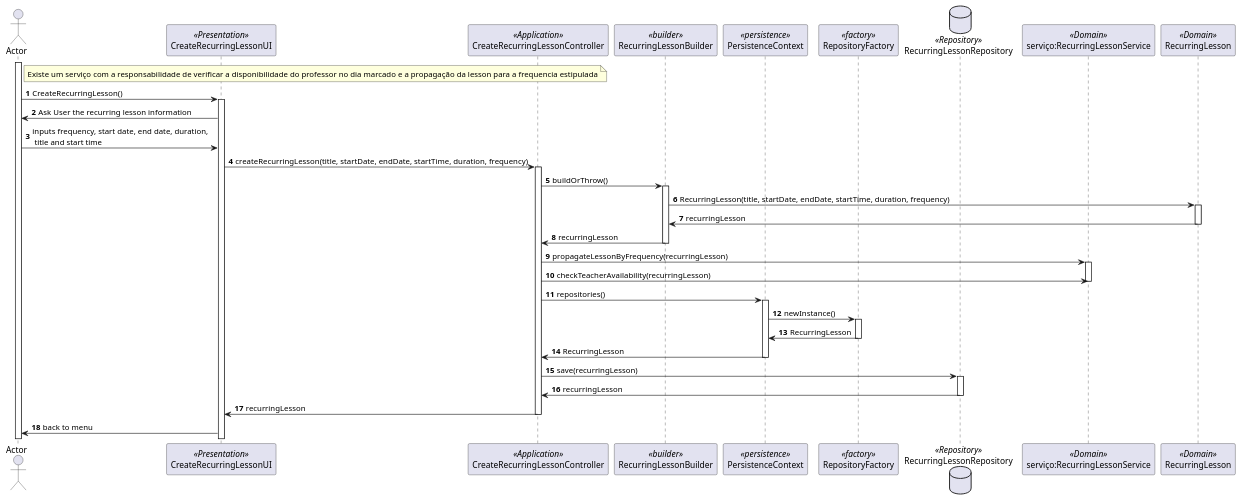
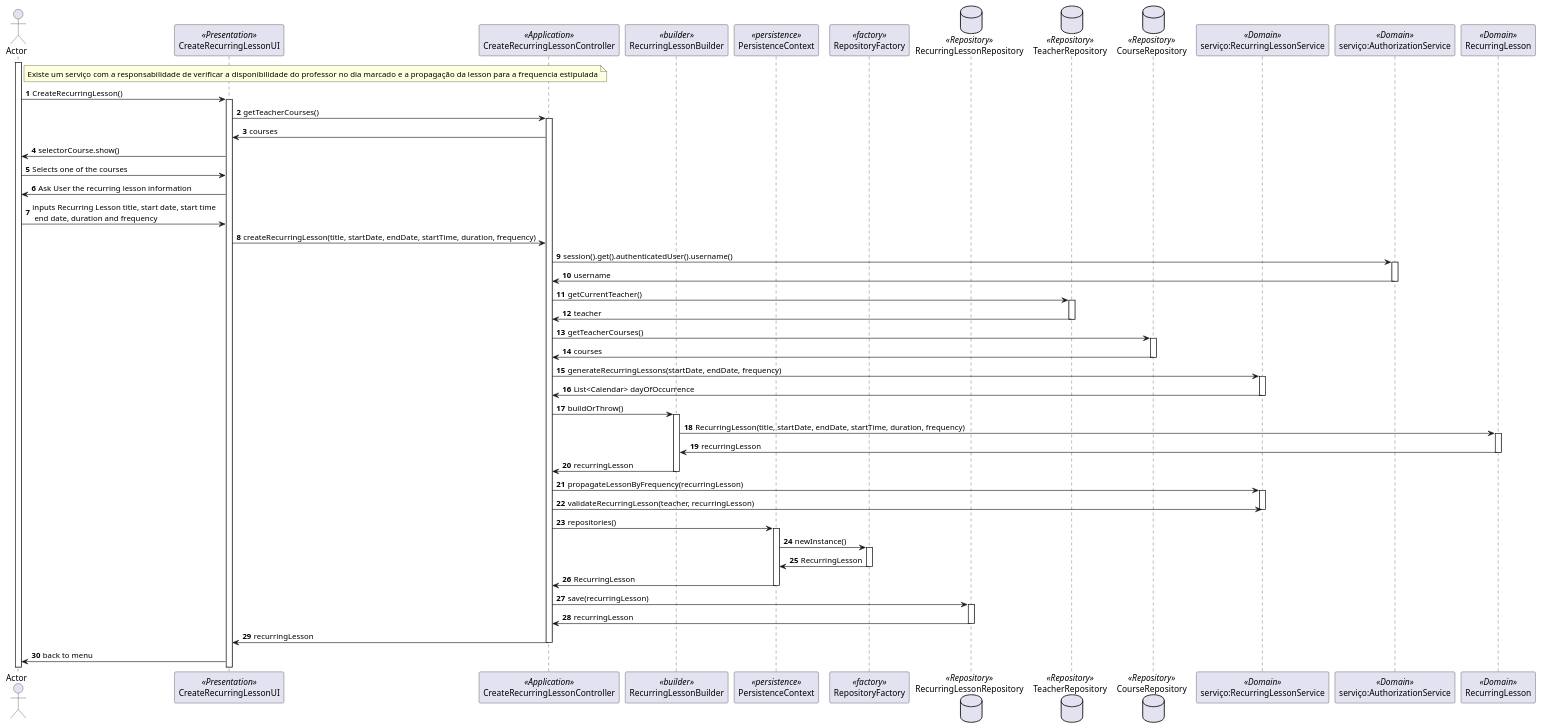
Before and after one commit to mascenso/isep-sem4-lapr4: the diagram in docs/SPRINT B/US1010 - Schedule Class/US1010-SD.puml, drawn with PlantUML. The commit also changed 7 other files, not shown here.

```diff
--- a/docs/SPRINT B/US1010 - Schedule Class/US1010-SD.puml
+++ b/docs/SPRINT B/US1010 - Schedule Class/US1010-SD.puml
@@ -1,55 +1,79 @@
 @startuml
 'https://plantuml.com/sequence-diagram
 
 autonumber
 
 actor Actor
 activate Actor
 note right of Actor: Existe um serviço com a responsabilidade de verificar a disponibilidade do professor no dia marcado e a propagação da lesson para a frequencia estipulada
 participant CreateRecurringLessonUI as UI <<Presentation>>
 participant CreateRecurringLessonController as Controller <<Application>>
 participant RecurringLessonBuilder as Builder <<builder>>
 participant PersistenceContext as Persistence <<persistence>>
 participant RepositoryFactory as Factory <<factory>>
 database RecurringLessonRepository as LessonRepository <<Repository>>
+database TeacherRepository as TeacherRepository <<Repository>>
+database CourseRepository as CourseRepository <<Repository>>
 participant "serviço:RecurringLessonService" as Service <<Domain>>
+participant "serviço:AuthorizationService" as Authz <<Domain>>
 participant RecurringLesson as RecurringLesson <<Domain>>
 
 
 Actor -> UI: CreateRecurringLesson()
 activate UI
+UI -> Controller: getTeacherCourses()
+activate Controller
+Controller -> UI: courses
+UI -> Actor: selectorCourse.show()
+Actor -> UI: Selects one of the courses
 UI -> Actor: Ask User the recurring lesson information
-Actor -> UI: inputs frequency, start date, end date, duration,\n title and start time
+Actor -> UI: inputs Recurring Lesson title, start date, start time\n end date, duration and frequency
 
 UI -> Controller: createRecurringLesson(title, startDate, endDate, startTime, duration, frequency)
-activate Controller
+
+Controller -> Authz: session().get().authenticatedUser().username()
+activate Authz
+Authz -> Controller: username
+deactivate Authz
+Controller -> TeacherRepository: getCurrentTeacher()
+activate TeacherRepository
+TeacherRepository -> Controller: teacher
+deactivate TeacherRepository
+Controller -> CourseRepository: getTeacherCourses()
+activate CourseRepository
+CourseRepository -> Controller: courses
+deactivate CourseRepository
+Controller -> Service: generateRecurringLessons(startDate, endDate, frequency)
+activate Service
+Service -> Controller: List<Calendar> dayOfOccurrence
+deactivate Service
 Controller -> Builder: buildOrThrow()
 activate Builder
 Builder -> RecurringLesson: RecurringLesson(title, startDate, endDate, startTime, duration, frequency)
 activate RecurringLesson
 RecurringLesson -> Builder: recurringLesson
 deactivate RecurringLesson
 Builder -> Controller: recurringLesson
 deactivate Builder
 Controller -> Service: propagateLessonByFrequency(recurringLesson)
 activate Service
-Controller -> Service: checkTeacherAvailability(recurringLesson)
+Controller -> Service: validateRecurringLesson(teacher, recurringLesson)
 deactivate Service
 Controller -> Persistence: repositories()
 activate Persistence
 Persistence -> Factory: newInstance()
-Activate Factory
+activate Factory
 Factory -> Persistence: RecurringLesson
 deactivate Factory
 Persistence -> Controller: RecurringLesson
 deactivate Persistence
 Controller -> LessonRepository: save(recurringLesson)
 activate LessonRepository
 LessonRepository -> Controller: recurringLesson
 deactivate LessonRepository
 Controller -> UI: recurringLesson
 deactivate Controller
 Actor <- UI: back to menu
 
 
 @enduml
```
